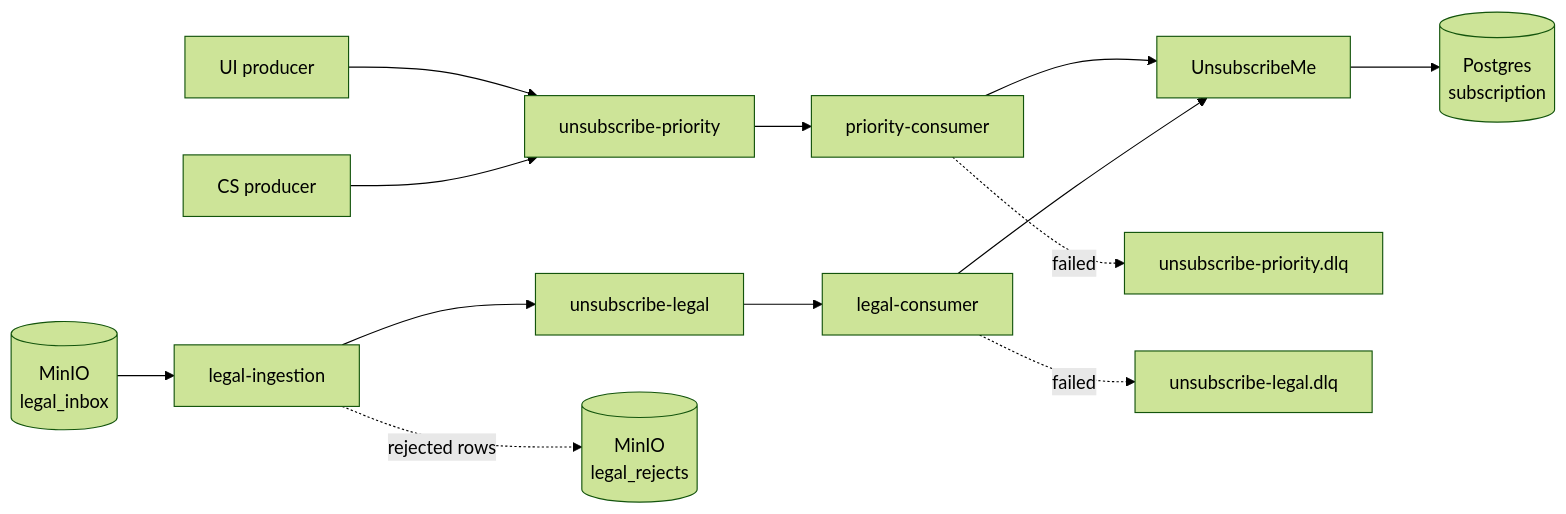
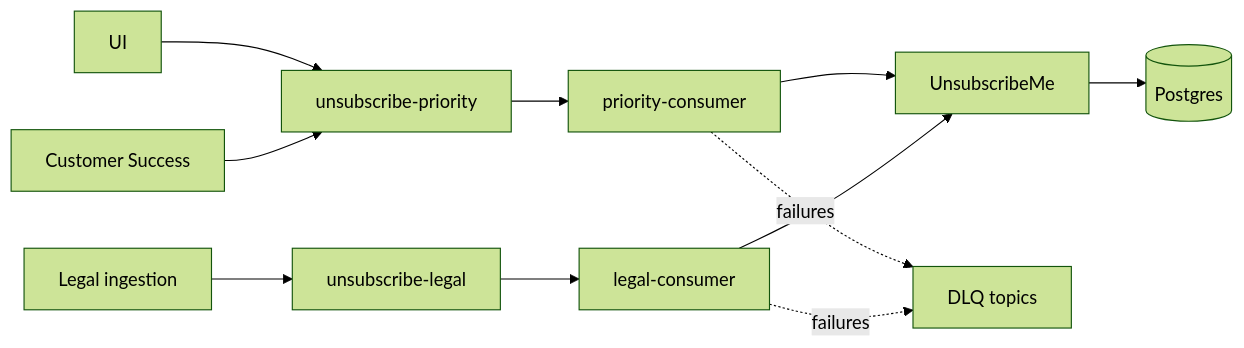
The second of 3 diagrams in README.md (ivszhuravlev/tikblog-unsubscribe-platform), drawn with Mermaid (forest theme) before and after one commit. The commit also changed other lines of this file and 3 other files, not shown here.

````diff
--- a/README.md
+++ b/README.md
@@ -29,17 +59,12 @@
 ```mermaid
 flowchart LR
-    UI[UI producer] --> P[unsubscribe-priority]
-    CS[CS producer] --> P
-    F[(MinIO<br/>legal_inbox)] --> LI[legal-ingestion] --> L[unsubscribe-legal]
-    LI -.rejected rows.-> R[(MinIO<br/>legal_rejects)]
-
+    UI[UI] --> P[unsubscribe-priority]
+    CS[Customer Success] --> P
+    L[Legal ingestion] --> LG[unsubscribe-legal]
     P --> PC[priority-consumer]
-    L --> LC[legal-consumer]
-
-    PC --> U[UnsubscribeMe]
+    LG --> LC[legal-consumer]
+    PC --> U[UnsubscribeMe] --> DB[(Postgres)]
     LC --> U
-    U --> DB[(Postgres<br/>subscription)]
-
-    PC -.failed.-> D1[unsubscribe-priority.dlq]
-    LC -.failed.-> D2[unsubscribe-legal.dlq]
+    PC -.failures.-> D[DLQ topics]
+    LC -.failures.-> D
 ```
````
